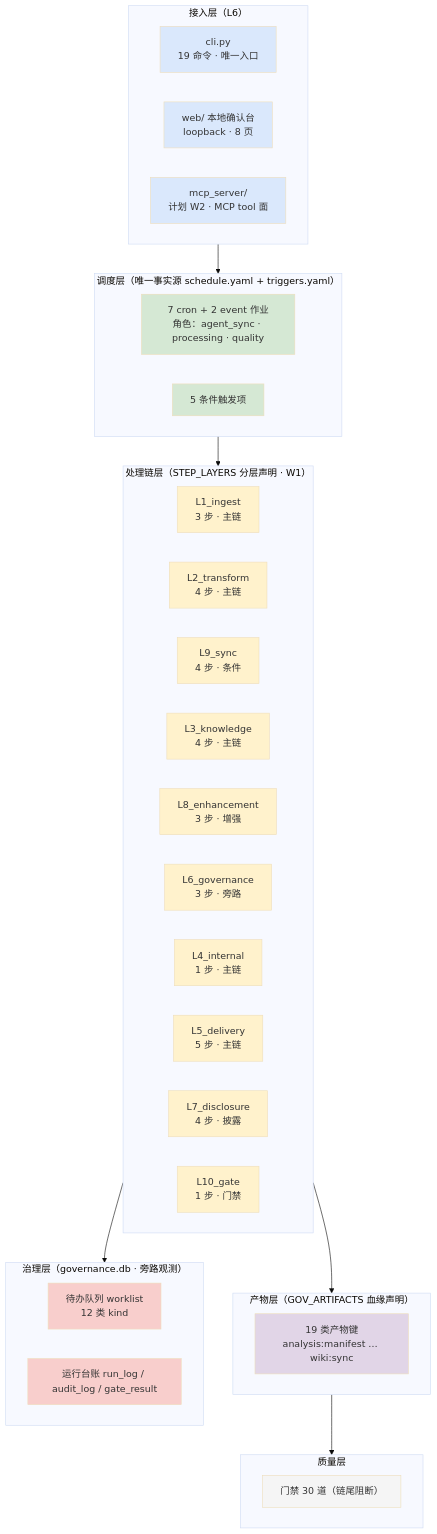
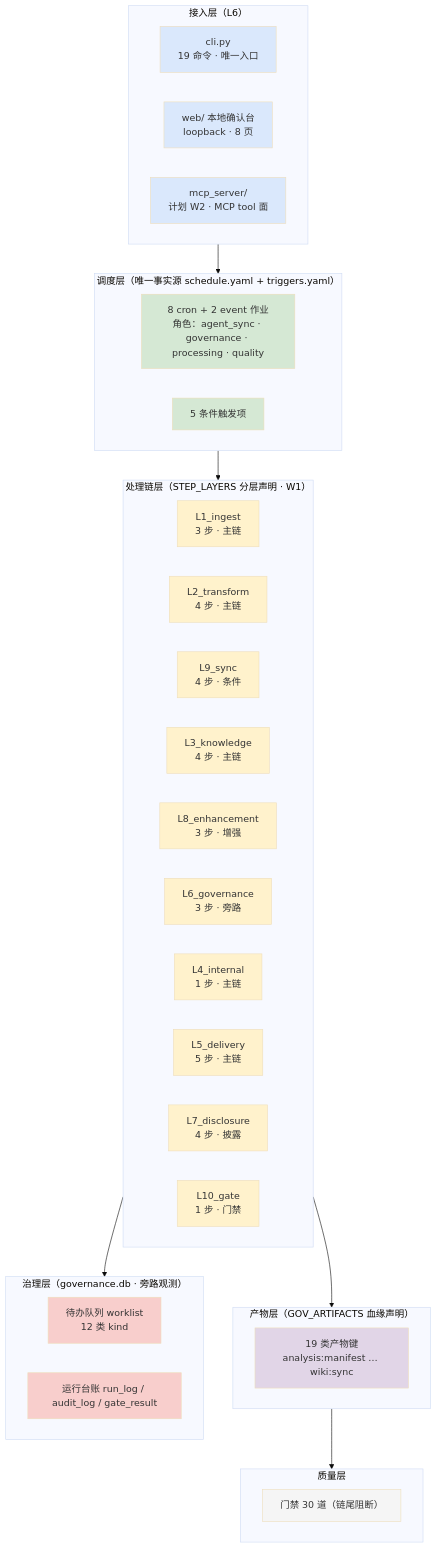
One commit to wangtierui/orchestrator changed the third of 4 diagrams in README.md. Above: the diagram before and after it, drawn with Mermaid (base theme). The commit also changed other lines of this file and 61 other files, not shown here.

````diff
--- a/README.md
+++ b/README.md
@@ -221,58 +234,58 @@
 ```mermaid
 flowchart TB
   subgraph ACC["接入层（L6）"]
     CLI["cli.py<br/>19 命令 · 唯一入口"]
     WEB["web/ 本地确认台<br/>loopback · 8 页"]
     MCP["mcp_server/<br/>计划 W2 · MCP tool 面"]
   end
   subgraph SCHED["调度层（唯一事实源 schedule.yaml + triggers.yaml）"]
-    JOB["7 cron + 2 event 作业<br/>角色：agent_sync · processing · quality"]
+    JOB["8 cron + 2 event 作业<br/>角色：agent_sync · governance · processing · quality"]
     TRG["5 条件触发项"]
   end
   subgraph CHAIN["处理链层（STEP_LAYERS 分层声明 · W1）"]
     L1ingest["L1_ingest<br/>3 步 · 主链"]
     L2transform["L2_transform<br/>4 步 · 主链"]
     L9sync["L9_sync<br/>4 步 · 条件"]
     L3knowledge["L3_knowledge<br/>4 步 · 主链"]
     L8enhancement["L8_enhancement<br/>3 步 · 增强"]
     L6governance["L6_governance<br/>3 步 · 旁路"]
     L4internal["L4_internal<br/>1 步 · 主链"]
     L5delivery["L5_delivery<br/>5 步 · 主链"]
     L7disclosure["L7_disclosure<br/>4 步 · 披露"]
     L10gate["L10_gate<br/>1 步 · 门禁"]
   end
   subgraph ART["产物层（GOV_ARTIFACTS 血缘声明）"]
     ARTN["19 类产物键<br/>analysis:manifest … wiki:sync"]
   end
   subgraph GOV["治理层（governance.db · 旁路观测）"]
     WL["待办队列 worklist<br/>12 类 kind"]
     LED["运行台账 run_log / audit_log / gate_result"]
   end
   subgraph QUAL["质量层"]
     GATES["门禁 30 道（链尾阻断）"]
   end
   ACC --> SCHED --> CHAIN --> ART
   CHAIN --> GOV
   ART --> QUAL
   classDef acc fill:#dae8fc
   classDef sched fill:#d5e8d4
   classDef chain fill:#fff2cc
   classDef art fill:#e1d5e7
   classDef gov fill:#f8cecc
   classDef qual fill:#f5f5f5
   class CLI,WEB,MCP acc
   class JOB,TRG sched
   class L1ingest chain
   class L2transform chain
   class L9sync chain
   class L3knowledge chain
   class L8enhancement chain
   class L6governance chain
   class L4internal chain
   class L5delivery chain
   class L7disclosure chain
   class L10gate chain
   class ARTN art
   class WL,LED gov
   class GATES qual
 ```
````
